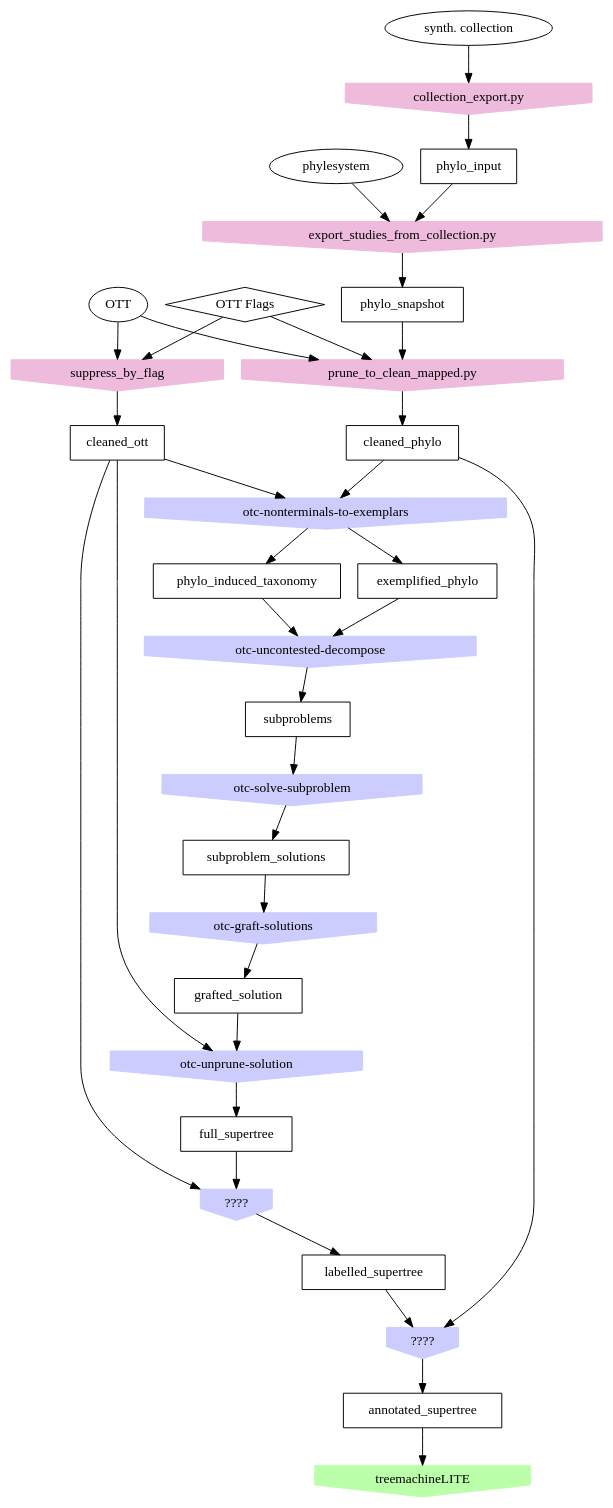
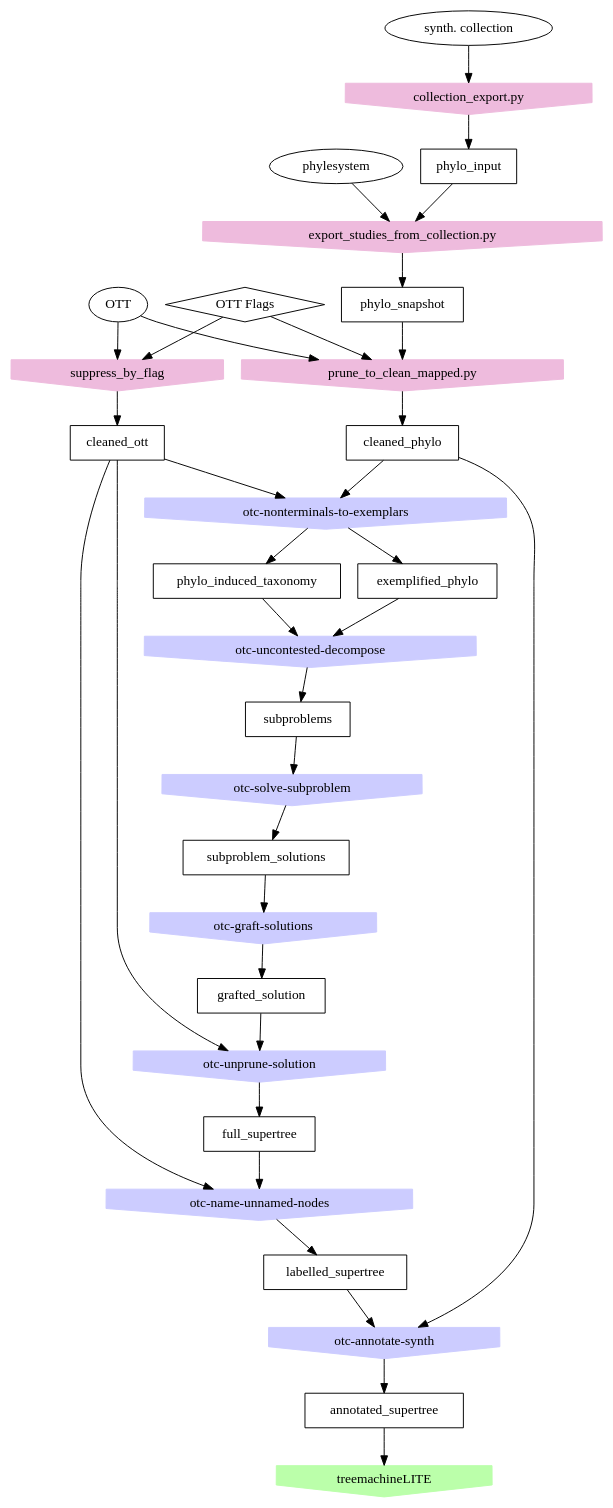
One commit to OpenTreeOfLife/propinquity changed the diagram in doc/pipeline-tools.dot. Above: the diagram before and after it, drawn with Graphviz. The commit also changed 1 other file, not shown here.

Commit message:
Update figure.

```diff
--- a/doc/pipeline-tools.dot
+++ b/doc/pipeline-tools.dot
@@ -1,78 +1,78 @@
 digraph P {
     ottflags [shape=diamond label="OTT Flags"];
     ott [shape=oval label="OTT"];
     phylesystem [shape=oval label="phylesystem"];
     synthcoll [shape=oval label="synth. collection"];
 
     cleanedotttool [shape=invhouse label="suppress_by_flag", style=filled, color="#EEBBDD"];
     cleanedott [shape=box label="cleaned_ott"];
     ott -> cleanedotttool ;
     ottflags -> cleanedotttool;
     cleanedotttool ->cleanedott;
 
     phyloinputtool [shape=invhouse label="collection_export.py", style=filled, color="#EEBBDD"];
     phyloinput [shape=box label="phylo_input"];
     synthcoll -> phyloinputtool ;
     phyloinputtool -> phyloinput;
 
     phylosnapshottool [shape=invhouse label="export_studies_from_collection.py", style=filled, color="#EEBBDD"];
     phylosnapshot [shape=box label="phylo_snapshot"];
     phyloinput -> phylosnapshottool ;
     phylesystem -> phylosnapshottool ;
     phylosnapshottool ->phylosnapshot;
 
     cleanedphylotool [shape=invhouse label="prune_to_clean_mapped.py", style=filled, color="#EEBBDD"];
     cleanedphylo [shape=box label="cleaned_phylo"];
     phylosnapshot -> cleanedphylotool ;
     ottflags -> cleanedphylotool ;
     ott -> cleanedphylotool ;
     cleanedphylotool -> cleanedphylo;
 
     phyloinducedtaxonomytool [shape=invhouse label="otc-nonterminals-to-exemplars" style=filled color="#CCCCFF"];
     phyloinducedtaxonomy [shape=box label="phylo_induced_taxonomy"];
     exemplifiedphylo [shape=box label="exemplified_phylo"];
     cleanedphylo -> phyloinducedtaxonomytool;
     cleanedott -> phyloinducedtaxonomytool;
     phyloinducedtaxonomytool -> phyloinducedtaxonomy;
     phyloinducedtaxonomytool -> exemplifiedphylo;
 
 
 
     subproblemstool [shape=invhouse label="otc-uncontested-decompose" style=filled color="#CCCCFF"];
     subproblems [shape=box label="subproblems"];
     phyloinducedtaxonomy -> subproblemstool;
     exemplifiedphylo -> subproblemstool;
     subproblemstool -> subproblems;
 
     subproblemsolntool [shape=invhouse label="otc-solve-subproblem" style=filled color="#CCCCFF"];
     subproblemsoln [shape=box label="subproblem_solutions"];
     subproblems -> subproblemsolntool;
     subproblemsolntool -> subproblemsoln;
 
     graftedsolntool [shape=invhouse label="otc-graft-solutions" style=filled color="#CCCCFF"];
     graftedsoln [shape=box label="grafted_solution"];
     subproblemsoln -> graftedsolntool;
     graftedsolntool -> graftedsoln;
 
     supertreetopotool [shape=invhouse label="otc-unprune-solution" style=filled color="#CCCCFF"];
     supertreetopo [shape=box label="full_supertree"];
     graftedsoln -> supertreetopotool;
     cleanedott -> supertreetopotool;
     supertreetopotool -> supertreetopo;
 
-    taxolabelledsupertreetool [shape=invhouse label="????" style=filled color="#CCCCFF"];
+    taxolabelledsupertreetool [shape=invhouse label="otc-name-unnamed-nodes" style=filled color="#CCCCFF"];
     taxolabelledsupertree [shape=box label="labelled_supertree"];
     cleanedott -> taxolabelledsupertreetool;
     supertreetopo -> taxolabelledsupertreetool;
     taxolabelledsupertreetool -> taxolabelledsupertree;
 
-    supertreewithsupporttool [shape=invhouse label="????" style=filled color="#CCCCFF"];
+    supertreewithsupporttool [shape=invhouse label="otc-annotate-synth" style=filled color="#CCCCFF"];
     supertreewithsupport [shape=box label="annotated_supertree"];
     taxolabelledsupertree -> supertreewithsupporttool;
     cleanedphylo -> supertreewithsupporttool;
     supertreewithsupporttool -> supertreewithsupport;
 
     treemachineLite [shape=invhouse label="treemachineLITE" style=filled color="#BBFFAA"];
     supertreewithsupport -> treemachineLite;
 
 }
```
